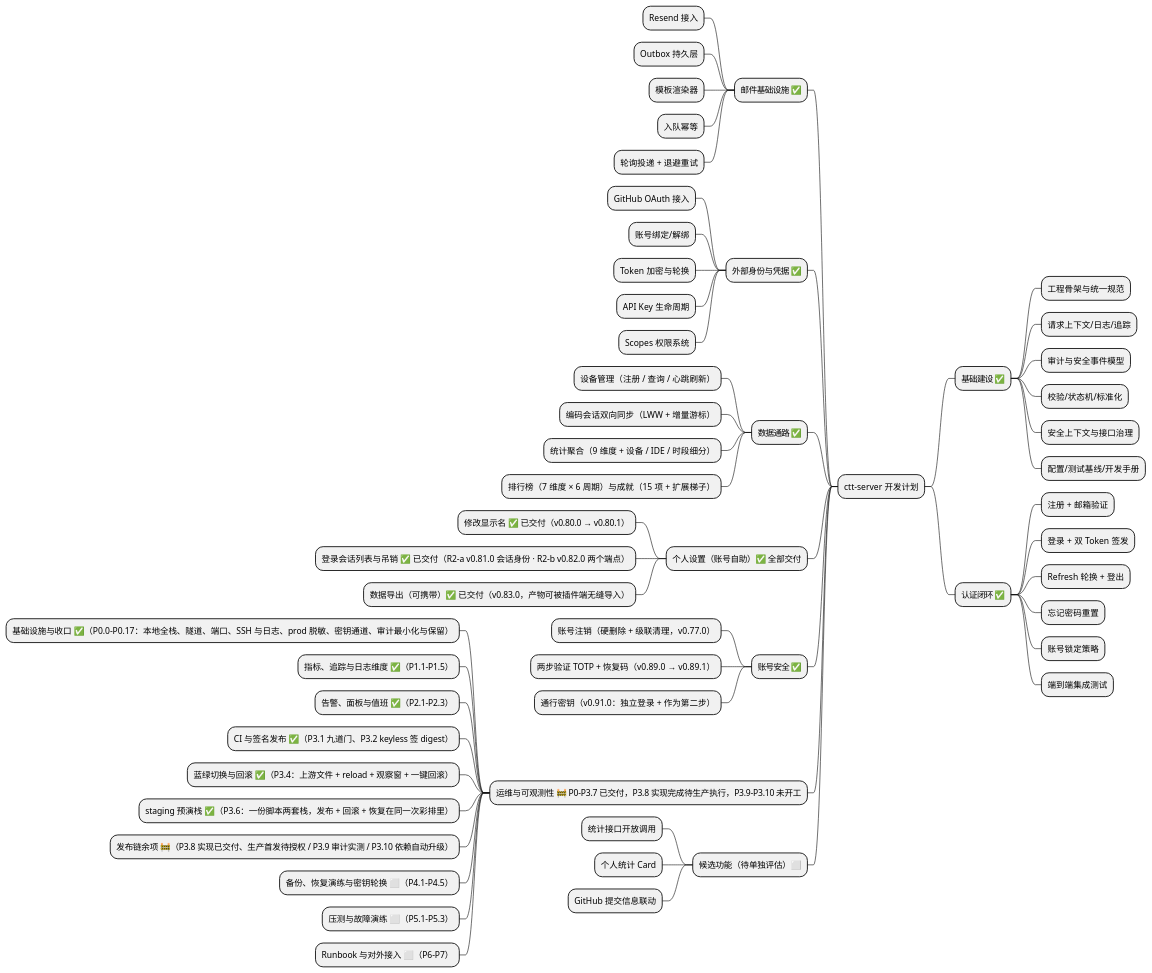
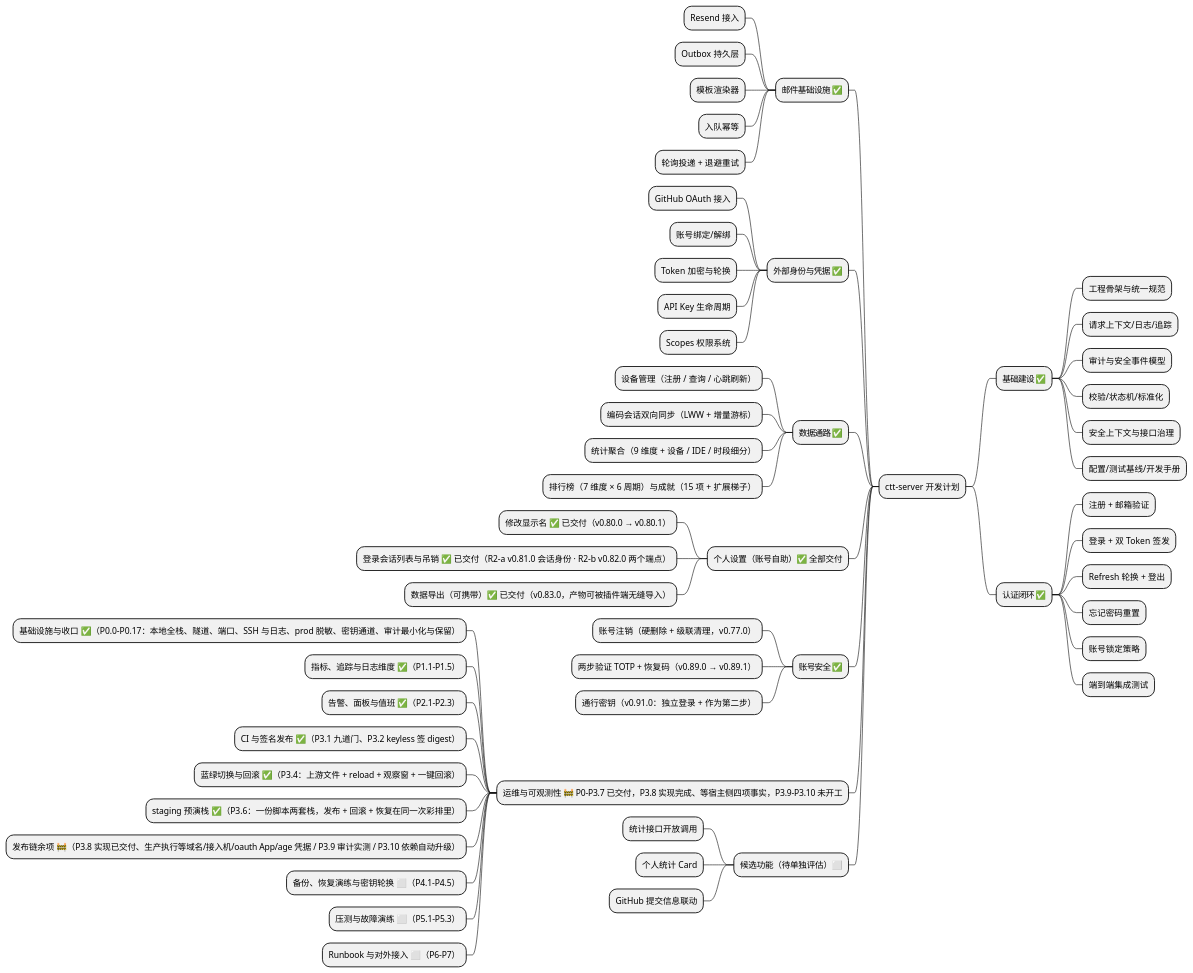
One commit to AhogeK/ctt-server changed the first of 9 diagrams in .plans/ctt-server-development-plan.md. Above: the diagram before and after it, drawn with PlantUML. The commit also changed other lines of this file, not shown here.

Commit message:
docs(plan): name what actually blocks the first production release

````diff
--- a/.plans/ctt-server-development-plan.md
+++ b/.plans/ctt-server-development-plan.md
@@ -34,61 +34,61 @@
 ```plantuml
 @startmindmap
 * ctt-server 开发计划
 ** 基础建设 ✅
 *** 工程骨架与统一规范
 *** 请求上下文/日志/追踪
 *** 审计与安全事件模型
 *** 校验/状态机/标准化
 *** 安全上下文与接口治理
 *** 配置/测试基线/开发手册
 ** 认证闭环 ✅
 *** 注册 + 邮箱验证
 *** 登录 + 双 Token 签发
 *** Refresh 轮换 + 登出
 *** 忘记密码重置
 *** 账号锁定策略
 *** 端到端集成测试
 
 left side
 ** 邮件基础设施 ✅
 *** Resend 接入
 *** Outbox 持久层
 *** 模板渲染器
 *** 入队幂等
 *** 轮询投递 + 退避重试
 ** 外部身份与凭据 ✅
 *** GitHub OAuth 接入
 *** 账号绑定/解绑
 *** Token 加密与轮换
 *** API Key 生命周期
 *** Scopes 权限系统
 ** 数据通路 ✅
 *** 设备管理（注册 / 查询 / 心跳刷新）
 *** 编码会话双向同步（LWW + 增量游标）
 *** 统计聚合（9 维度 + 设备 / IDE / 时段细分）
 *** 排行榜（7 维度 × 6 周期）与成就（15 项 + 扩展梯子）
 ** 个人设置（账号自助）✅ 全部交付
 *** 修改显示名 ✅ 已交付（v0.80.0 → v0.80.1）
 *** 登录会话列表与吊销 ✅ 已交付（R2-a v0.81.0 会话身份 · R2-b v0.82.0 两个端点）
 *** 数据导出（可携带）✅ 已交付（v0.83.0，产物可被插件端无缝导入）
 ** 账号安全 ✅
 *** 账号注销（硬删除 + 级联清理，v0.77.0）
 *** 两步验证 TOTP + 恢复码（v0.89.0 → v0.89.1）
 *** 通行密钥（v0.91.0：独立登录 + 作为第二步）
-** 运维与可观测性 🚧 P0–P3.7 已交付，P3.8 实现完成待生产执行，P3.9–P3.10 未开工
+** 运维与可观测性 🚧 P0–P3.7 已交付，P3.8 实现完成、等宿主侧四项事实，P3.9–P3.10 未开工
 *** 基础设施与收口 ✅（P0.0–P0.17：本地全栈、隧道、端口、SSH 与日志、prod 脱敏、密钥通道、审计最小化与保留）
 *** 指标、追踪与日志维度 ✅（P1.1–P1.5）
 *** 告警、面板与值班 ✅（P2.1–P2.3）
 *** CI 与签名发布 ✅（P3.1 九道门、P3.2 keyless 签 digest）
 *** 蓝绿切换与回滚 ✅（P3.4：上游文件 + reload + 观察窗 + 一键回滚）
 *** staging 预演栈 ✅（P3.6：一份脚本两套栈，发布 + 回滚 + 恢复在同一次彩排里）
-*** 发布链余项 🚧（P3.8 实现已交付、生产首发待授权 / P3.9 审计实测 / P3.10 依赖自动升级）
+*** 发布链余项 🚧（P3.8 实现已交付、生产执行等域名/接入机/oauth App/age 凭据 / P3.9 审计实测 / P3.10 依赖自动升级）
 *** 备份、恢复演练与密钥轮换 ⬜（P4.1–P4.5）
 *** 压测与故障演练 ⬜（P5.1–P5.3）
 *** Runbook 与对外接入 ⬜（P6–P7）
 ** 候选功能（待单独评估）⬜
 *** 统计接口开放调用
 *** 个人统计 Card
 *** GitHub 提交信息联动
 @endmindmap
 ```
````
